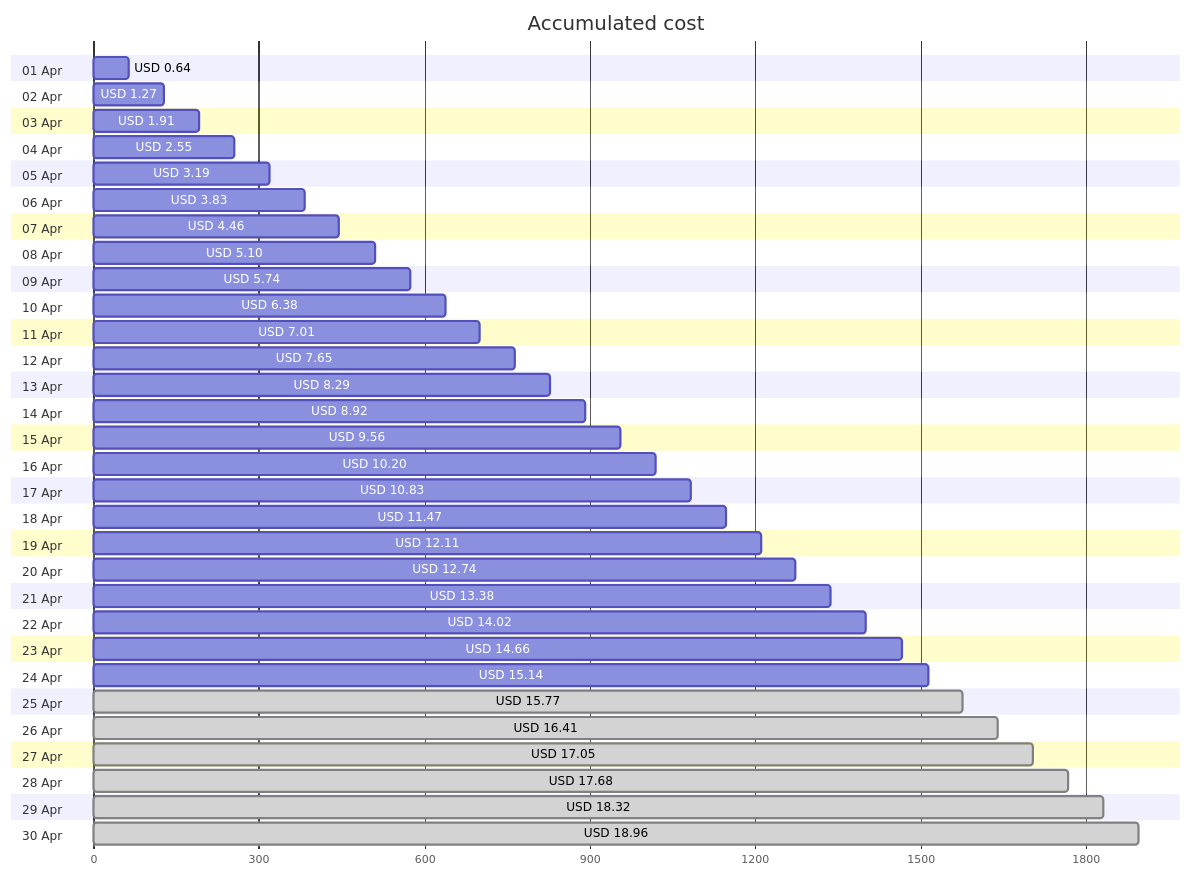
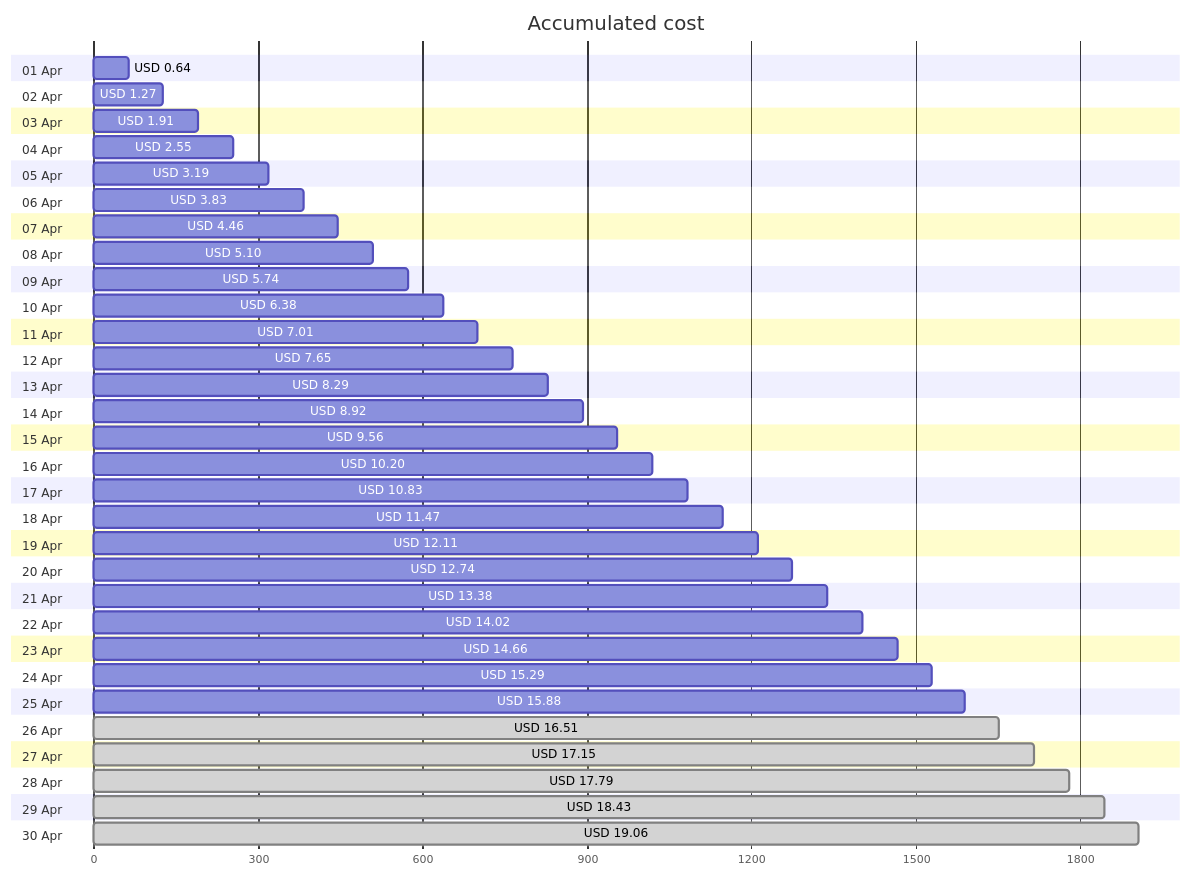
Before and after one commit to jpfulton/azure-personal-reports: the first of 4 diagrams in cost-reports/accumulated-cost.md, drawn with Mermaid. The commit also changed other lines of this file and 4 other files, not shown here.

````diff
--- a/cost-reports/accumulated-cost.md
+++ b/cost-reports/accumulated-cost.md
@@ -20,66 +20,66 @@
 ```mermaid
 gantt
    title Accumulated cost
    dateFormat  X
    axisFormat %s
    section 01 Apr
    USD 0.64 :0, 64
    section 02 Apr
    USD 1.27 :0, 127
    section 03 Apr
    USD 1.91 :0, 191
    section 04 Apr
    USD 2.55 :0, 255
    section 05 Apr
    USD 3.19 :0, 319
    section 06 Apr
    USD 3.83 :0, 383
    section 07 Apr
    USD 4.46 :0, 446
    section 08 Apr
    USD 5.10 :0, 510
    section 09 Apr
    USD 5.74 :0, 574
    section 10 Apr
    USD 6.38 :0, 638
    section 11 Apr
    USD 7.01 :0, 701
    section 12 Apr
    USD 7.65 :0, 765
    section 13 Apr
    USD 8.29 :0, 829
    section 14 Apr
    USD 8.92 :0, 892
    section 15 Apr
    USD 9.56 :0, 956
    section 16 Apr
    USD 10.20 :0, 1020
    section 17 Apr
    USD 10.83 :0, 1083
    section 18 Apr
    USD 11.47 :0, 1147
    section 19 Apr
    USD 12.11 :0, 1211
    section 20 Apr
    USD 12.74 :0, 1274
    section 21 Apr
    USD 13.38 :0, 1338
    section 22 Apr
    USD 14.02 :0, 1402
    section 23 Apr
    USD 14.66 :0, 1466
    section 24 Apr
-   USD 15.14 :0, 1514
+   USD 15.29 :0, 1529
    section 25 Apr
-   USD 15.77 : done, 0, 1577
+   USD 15.88 :0, 1588
    section 26 Apr
-   USD 16.41 : done, 0, 1641
+   USD 16.51 : done, 0, 1651
    section 27 Apr
-   USD 17.05 : done, 0, 1705
+   USD 17.15 : done, 0, 1715
    section 28 Apr
-   USD 17.68 : done, 0, 1768
+   USD 17.79 : done, 0, 1779
    section 29 Apr
-   USD 18.32 : done, 0, 1832
+   USD 18.43 : done, 0, 1843
    section 30 Apr
-   USD 18.96 : done, 0, 1896
+   USD 19.06 : done, 0, 1906
 ```
````
